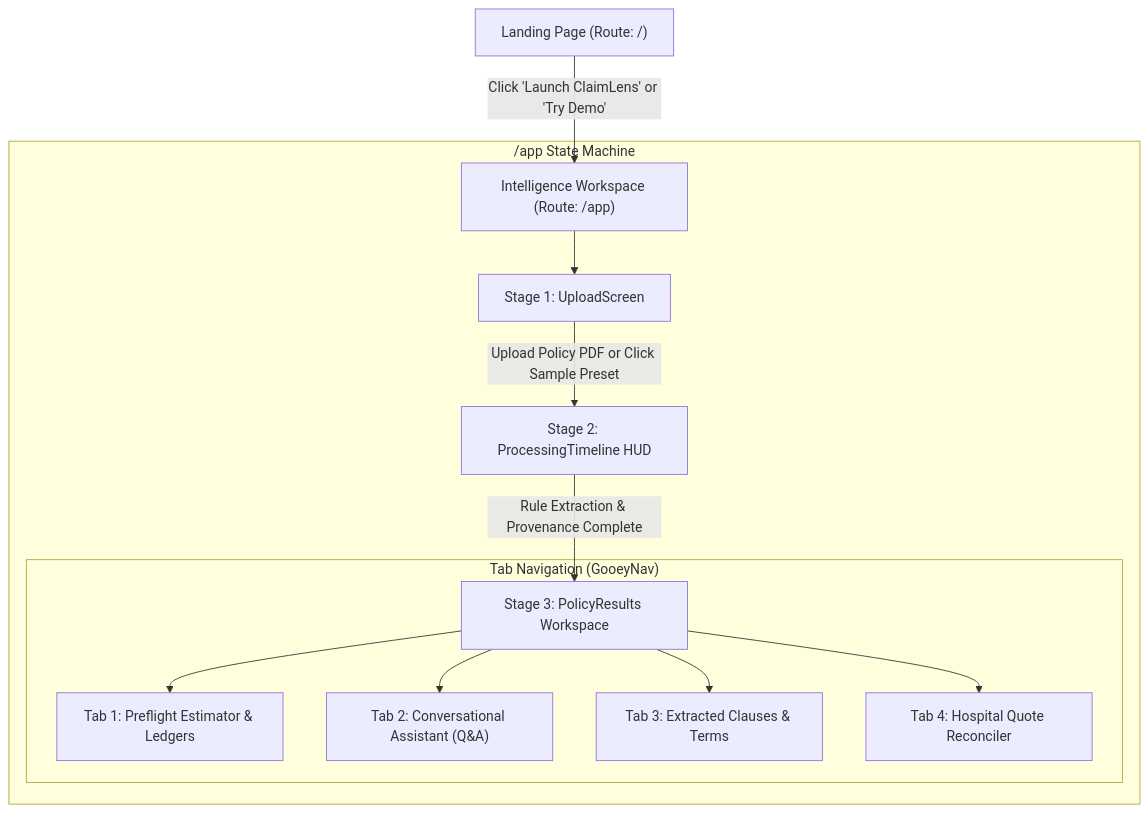
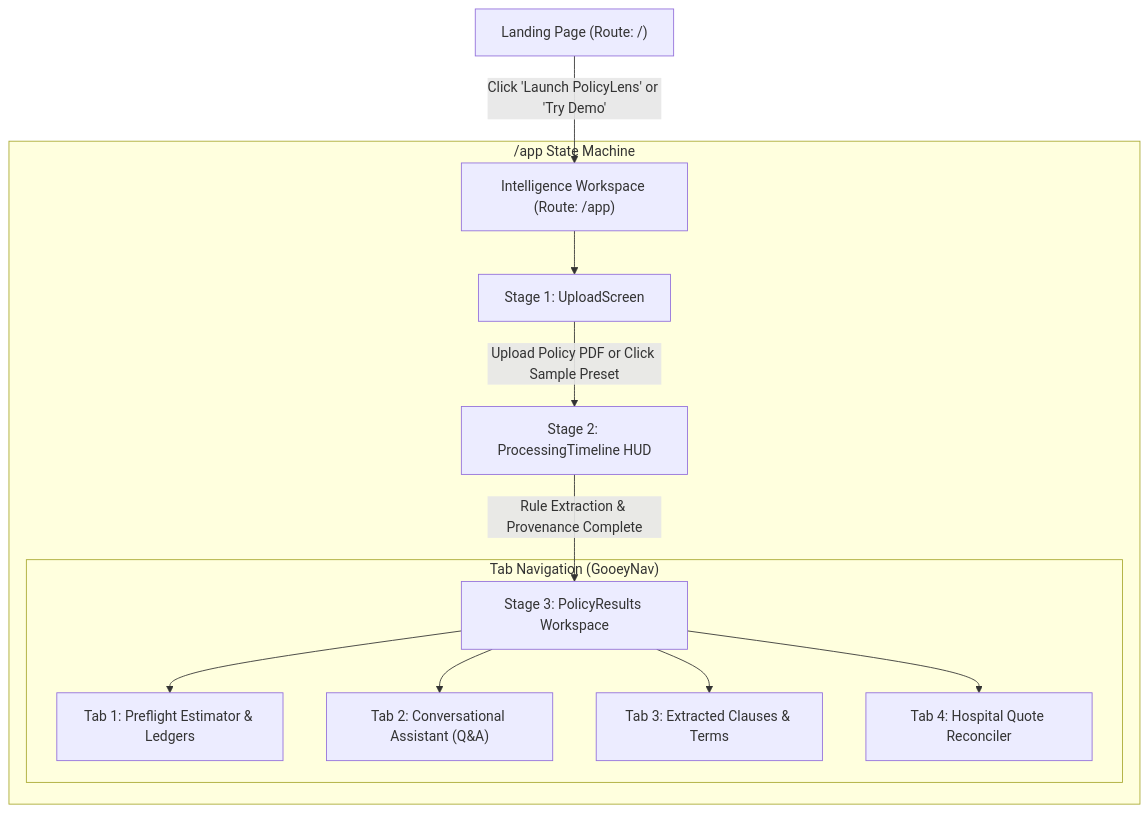
The diagram in PROTOTYPE_STATUS.md (vedant-muglikar/insurance_intelligence), drawn with Mermaid before and after one commit. The commit also changed other lines of this file and 341 other files, not shown here.

````diff
--- a/PROTOTYPE_STATUS.md
+++ b/PROTOTYPE_STATUS.md
@@ -83,17 +83,17 @@
 ```mermaid
 flowchart TD
-    A["Landing Page (Route: /)"] -->|"Click 'Launch ClaimLens' or 'Try Demo'"| B["Intelligence Workspace (Route: /app)"]
+    A["Landing Page (Route: /)"] -->|"Click 'Launch PolicyLens' or 'Try Demo'"| B["Intelligence Workspace (Route: /app)"]
     
     subgraph "/app State Machine"
         B --> C["Stage 1: UploadScreen"]
         C -->|"Upload Policy PDF or Click Sample Preset"| D["Stage 2: ProcessingTimeline HUD"]
         D -->|"Rule Extraction & Provenance Complete"| E["Stage 3: PolicyResults Workspace"]
         
         subgraph "Tab Navigation (GooeyNav)"
             E --> T1["Tab 1: Preflight Estimator & Ledgers"]
             E --> T2["Tab 2: Conversational Assistant (Q&A)"]
             E --> T3["Tab 3: Extracted Clauses & Terms"]
             E --> T4["Tab 4: Hospital Quote Reconciler"]
         end
     end
 ```
````
